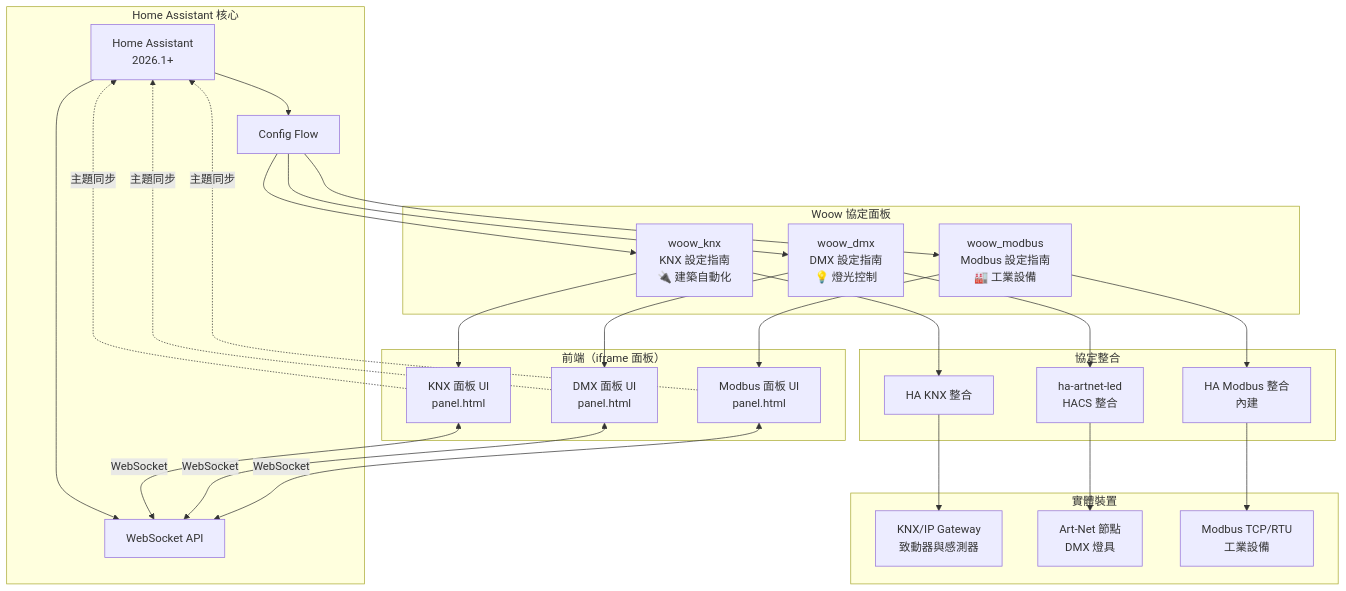
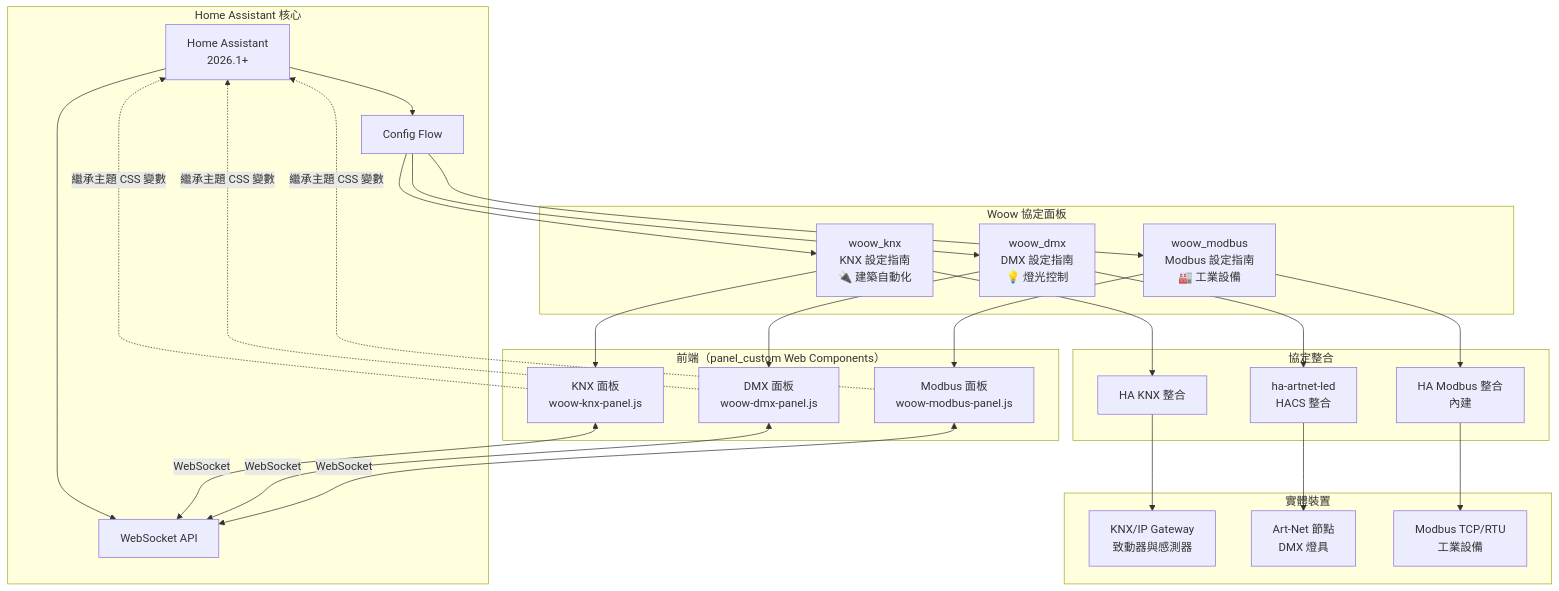
The first of 3 diagrams in README_zh-TW.md (WOOWTECH/Woow_ha_multi_protocol_connect), drawn with Mermaid before and after one commit. The commit also changed other lines of this file and 4 other files, not shown here.

First line of the commit message:
docs: sync READMEs with v2.2.0 architecture and bump manifests

````diff
--- a/README_zh-TW.md
+++ b/README_zh-TW.md
@@ -107,55 +119,55 @@
 ```mermaid
 graph TB
     subgraph "Home Assistant 核心"
         HA[Home Assistant<br/>2026.1+]
         WS[WebSocket API]
         CF[Config Flow]
     end
 
     subgraph "Woow 協定面板"
         KNX["woow_knx<br/>KNX 設定指南<br/>🔌 建築自動化"]
         DMX["woow_dmx<br/>DMX 設定指南<br/>💡 燈光控制"]
         MOD["woow_modbus<br/>Modbus 設定指南<br/>🏭 工業設備"]
     end
 
-    subgraph "前端（iframe 面板）"
-        KNX_UI["KNX 面板 UI<br/>panel.html"]
-        DMX_UI["DMX 面板 UI<br/>panel.html"]
-        MOD_UI["Modbus 面板 UI<br/>panel.html"]
+    subgraph "前端（panel_custom Web Components）"
+        KNX_UI["KNX 面板<br/>woow-knx-panel.js"]
+        DMX_UI["DMX 面板<br/>woow-dmx-panel.js"]
+        MOD_UI["Modbus 面板<br/>woow-modbus-panel.js"]
     end
 
     subgraph "協定整合"
         KNX_INT[HA KNX 整合]
         DMX_INT[ha-artnet-led<br/>HACS 整合]
         MOD_INT[HA Modbus 整合<br/>內建]
     end
 
     subgraph "實體裝置"
         KNX_DEV["KNX/IP Gateway<br/>致動器與感測器"]
         DMX_DEV["Art-Net 節點<br/>DMX 燈具"]
         MOD_DEV["Modbus TCP/RTU<br/>工業設備"]
     end
 
     HA --> WS
     HA --> CF
 
     CF --> KNX
     CF --> DMX
     CF --> MOD
 
     KNX --> KNX_UI
     DMX --> DMX_UI
     MOD --> MOD_UI
 
     KNX_UI <-->|WebSocket| WS
     DMX_UI <-->|WebSocket| WS
     MOD_UI <-->|WebSocket| WS
 
-    KNX_UI -.->|主題同步| HA
-    DMX_UI -.->|主題同步| HA
-    MOD_UI -.->|主題同步| HA
+    KNX_UI -.->|繼承主題 CSS 變數| HA
+    DMX_UI -.->|繼承主題 CSS 變數| HA
+    MOD_UI -.->|繼承主題 CSS 變數| HA
 
     KNX --> KNX_INT --> KNX_DEV
     DMX --> DMX_INT --> DMX_DEV
     MOD --> MOD_INT --> MOD_DEV
 ```
````
